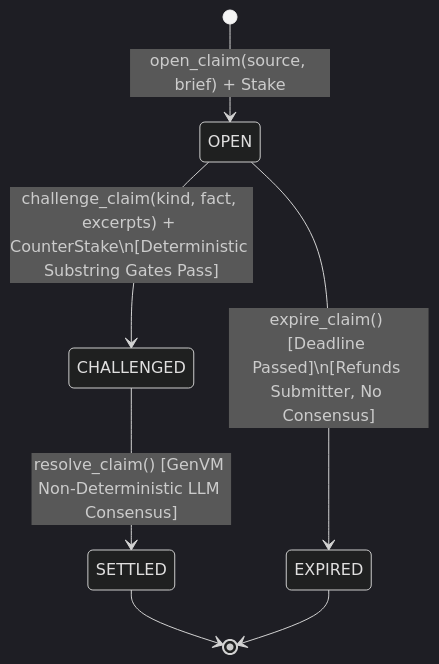
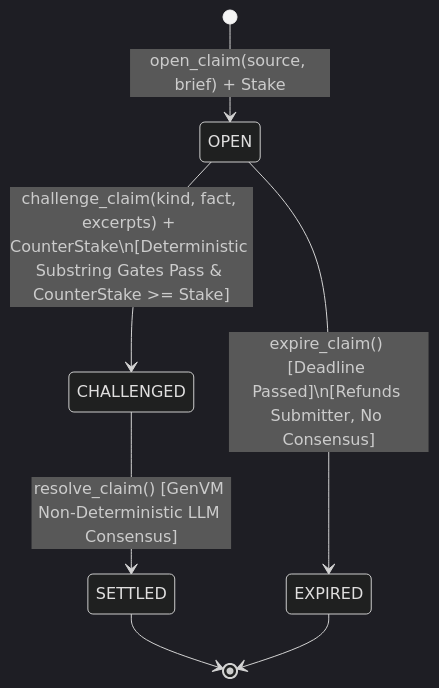
Before and after one commit to edwarderlick/coverlock: the diagram in README.md, drawn with Mermaid (dark theme). The commit also changed other lines of this file and 3 other files, not shown here.

````diff
--- a/README.md
+++ b/README.md
@@ -41,9 +42,9 @@
 ```mermaid
 stateDiagram-v2
     [*] --> OPEN : open_claim(source, brief) + Stake
-    OPEN --> CHALLENGED : challenge_claim(kind, fact, excerpts) + CounterStake\n[Deterministic Substring Gates Pass]
+    OPEN --> CHALLENGED : challenge_claim(kind, fact, excerpts) + CounterStake\n[Deterministic Substring Gates Pass & CounterStake >= Stake]
     OPEN --> EXPIRED : expire_claim() [Deadline Passed]\n[Refunds Submitter, No Consensus]
     CHALLENGED --> SETTLED : resolve_claim() [GenVM Non-Deterministic LLM Consensus]
     SETTLED --> [*]
     EXPIRED --> [*]
 ```
````
